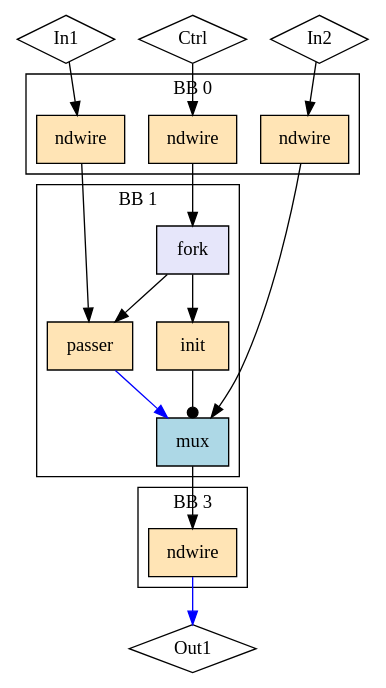
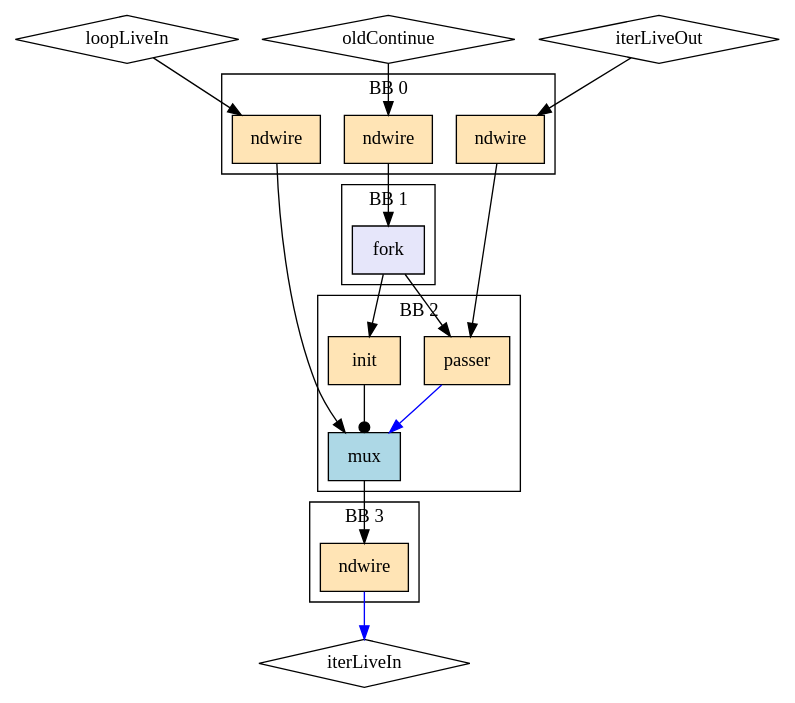
The diagram in experimental/tools/elastic-miter/out/sup_mux/lhs_reachability/model.dot (EPFL-LAP/dynamatic), drawn with Graphviz before and after one commit. The commit also changed 700 other files, not shown here.

```diff
--- a/experimental/tools/elastic-miter/out/sup_mux/lhs_reachability/model.dot
+++ b/experimental/tools/elastic-miter/out/sup_mux/lhs_reachability/model.dot
@@ -1,37 +1,40 @@
 Digraph G {
   splines=spline
   compound=true
-  "In1" ["style"="solid", "shape"="diamond", "label"="In1", "mlir_op"="handshake.func"]
-  "In2" ["style"="solid", "shape"="diamond", "label"="In2", "mlir_op"="handshake.func"]
-  "Ctrl" ["style"="solid", "shape"="diamond", "label"="Ctrl", "mlir_op"="handshake.func"]
-  "Out1" ["style"="solid", "shape"="diamond", "label"="Out1", "mlir_op"="handshake.func"]
-  "In1" -> "ndw_in_In1" ["dir"="both", "style"="solid", "arrowhead"="normal", "from_idx"="0", "to"="ins", "arrowtail"="none", "from"="In1", "to_idx"="0"]
-  "In2" -> "ndw_in_In2" ["dir"="both", "style"="solid", "arrowhead"="normal", "from_idx"="1", "to"="ins", "arrowtail"="none", "from"="In2", "to_idx"="0"]
-  "Ctrl" -> "ndw_in_Ctrl" ["dir"="both", "style"="solid", "arrowhead"="normal", "from_idx"="2", "to"="ins", "arrowtail"="none", "from"="Ctrl", "to_idx"="0"]
-  "ndw_in_In1" -> "passer" ["dir"="both", "style"="solid", "arrowhead"="normal", "from_idx"="0", "to"="data", "arrowtail"="none", "from"="outs", "to_idx"="0"]
-  "ndw_in_In2" -> "data_mux" ["dir"="both", "style"="solid", "arrowhead"="normal", "from_idx"="0", "to"="ins_0", "arrowtail"="none", "from"="outs", "to_idx"="1"]
-  "ndw_in_Ctrl" -> "fork_data_mux" ["dir"="both", "style"="solid", "arrowhead"="normal", "from_idx"="0", "to"="ins", "arrowtail"="none", "from"="outs", "to_idx"="0"]
-  "ndw_out_Out1" -> "Out1" ["dir"="both", "style"="solid", "arrowhead"="normal", "from_idx"="0", "color"="blue", "to"="Out1", "arrowtail"="none", "from"="outs", "to_idx"="0"]
-  "data_mux" -> "ndw_out_Out1" ["dir"="both", "style"="solid", "arrowhead"="normal", "from_idx"="0", "to"="ins", "arrowtail"="none", "from"="outs", "to_idx"="0"]
+  "loopLiveIn" ["style"="solid", "shape"="diamond", "label"="loopLiveIn", "mlir_op"="handshake.func"]
+  "oldContinue" ["style"="solid", "shape"="diamond", "label"="oldContinue", "mlir_op"="handshake.func"]
+  "iterLiveOut" ["style"="solid", "shape"="diamond", "label"="iterLiveOut", "mlir_op"="handshake.func"]
+  "iterLiveIn" ["style"="solid", "shape"="diamond", "label"="iterLiveIn", "mlir_op"="handshake.func"]
+  "loopLiveIn" -> "ndw_in_loopLiveIn" ["dir"="both", "style"="solid", "arrowhead"="normal", "from_idx"="0", "to"="ins", "arrowtail"="none", "from"="loopLiveIn", "to_idx"="0"]
+  "oldContinue" -> "ndw_in_oldContinue" ["dir"="both", "style"="solid", "arrowhead"="normal", "from_idx"="1", "to"="ins", "arrowtail"="none", "from"="oldContinue", "to_idx"="0"]
+  "iterLiveOut" -> "ndw_in_iterLiveOut" ["dir"="both", "style"="solid", "arrowhead"="normal", "from_idx"="2", "to"="ins", "arrowtail"="none", "from"="iterLiveOut", "to_idx"="0"]
+  "ndw_in_loopLiveIn" -> "data_mux" ["dir"="both", "style"="solid", "arrowhead"="normal", "from_idx"="0", "to"="ins_0", "arrowtail"="none", "from"="outs", "to_idx"="1"]
+  "ndw_in_oldContinue" -> "vm_fork_1" ["dir"="both", "style"="solid", "arrowhead"="normal", "from_idx"="0", "to"="ins", "arrowtail"="none", "from"="outs", "to_idx"="0"]
+  "ndw_in_iterLiveOut" -> "passer" ["dir"="both", "style"="solid", "arrowhead"="normal", "from_idx"="0", "to"="data", "arrowtail"="none", "from"="outs", "to_idx"="0"]
+  "ndw_out_iterLiveIn" -> "iterLiveIn" ["dir"="both", "style"="solid", "arrowhead"="normal", "from_idx"="0", "color"="blue", "to"="iterLiveIn", "arrowtail"="none", "from"="outs", "to_idx"="0"]
+  "vm_fork_1" -> "passer" ["dir"="both", "style"="solid", "arrowhead"="normal", "from_idx"="0", "to"="ctrl", "arrowtail"="none", "from"="outs_0", "to_idx"="1"]
+  "vm_fork_1" -> "oldInit" ["dir"="both", "style"="solid", "arrowhead"="normal", "from_idx"="1", "to"="ins", "arrowtail"="none", "from"="outs_1", "to_idx"="0"]
+  "data_mux" -> "ndw_out_iterLiveIn" ["dir"="both", "style"="solid", "arrowhead"="normal", "from_idx"="0", "to"="ins", "arrowtail"="none", "from"="outs", "to_idx"="0"]
   subgraph cluster0 {
     graph ["label"="BB 0"]
-    "ndw_in_In1" ["style"="filled", "fillcolor"="moccasin", "shape"="box", "label"="ndwire", "mlir_op"="handshake.ndwire"]
-    "ndw_in_In2" ["style"="filled", "fillcolor"="moccasin", "shape"="box", "label"="ndwire", "mlir_op"="handshake.ndwire"]
-    "ndw_in_Ctrl" ["style"="filled", "fillcolor"="moccasin", "shape"="box", "label"="ndwire", "mlir_op"="handshake.ndwire"]
+    "ndw_in_loopLiveIn" ["style"="filled", "fillcolor"="moccasin", "shape"="box", "label"="ndwire", "mlir_op"="handshake.ndwire"]
+    "ndw_in_oldContinue" ["style"="filled", "fillcolor"="moccasin", "shape"="box", "label"="ndwire", "mlir_op"="handshake.ndwire"]
+    "ndw_in_iterLiveOut" ["style"="filled", "fillcolor"="moccasin", "shape"="box", "label"="ndwire", "mlir_op"="handshake.ndwire"]
   }
   subgraph cluster3 {
     graph ["label"="BB 3"]
-    "ndw_out_Out1" ["style"="filled", "fillcolor"="moccasin", "shape"="box", "label"="ndwire", "mlir_op"="handshake.ndwire"]
+    "ndw_out_iterLiveIn" ["style"="filled", "fillcolor"="moccasin", "shape"="box", "label"="ndwire", "mlir_op"="handshake.ndwire"]
   }
   subgraph cluster1 {
     graph ["label"="BB 1"]
-    "fork_data_mux" ["style"="filled", "fillcolor"="lavender", "shape"="box", "label"="fork", "mlir_op"="handshake.fork"]
-    "init_buffer_ctrl" ["style"="filled", "fillcolor"="moccasin", "shape"="box", "label"="init", "mlir_op"="handshake.init"]
+    "vm_fork_1" ["style"="filled", "fillcolor"="lavender", "shape"="box", "label"="fork", "mlir_op"="handshake.fork"]
+  }
+  subgraph cluster2 {
+    graph ["label"="BB 2"]
     "passer" ["style"="filled", "fillcolor"="moccasin", "shape"="box", "label"="passer", "mlir_op"="handshake.passer"]
+    "oldInit" ["style"="filled", "fillcolor"="moccasin", "shape"="box", "label"="init", "mlir_op"="handshake.init"]
     "data_mux" ["style"="filled", "fillcolor"="lightblue", "shape"="box", "label"="mux", "mlir_op"="handshake.mux"]
-    "fork_data_mux" -> "init_buffer_ctrl" ["dir"="both", "style"="solid", "arrowhead"="normal", "from_idx"="0", "to"="ins", "arrowtail"="none", "from"="outs_0", "to_idx"="0"]
-    "fork_data_mux" -> "passer" ["dir"="both", "style"="solid", "arrowhead"="normal", "from_idx"="1", "to"="ctrl", "arrowtail"="none", "from"="outs_1", "to_idx"="1"]
-    "init_buffer_ctrl" -> "data_mux" ["dir"="both", "style"="solid", "arrowhead"="dot", "from_idx"="0", "to"="index", "arrowtail"="none", "from"="outs", "to_idx"="0"]
     "passer" -> "data_mux" ["dir"="both", "style"="solid", "arrowhead"="normal", "from_idx"="0", "color"="blue", "to"="ins_1", "arrowtail"="none", "from"="result", "to_idx"="2"]
+    "oldInit" -> "data_mux" ["dir"="both", "style"="solid", "arrowhead"="dot", "from_idx"="0", "to"="index", "arrowtail"="none", "from"="outs", "to_idx"="0"]
   }
 }
```
